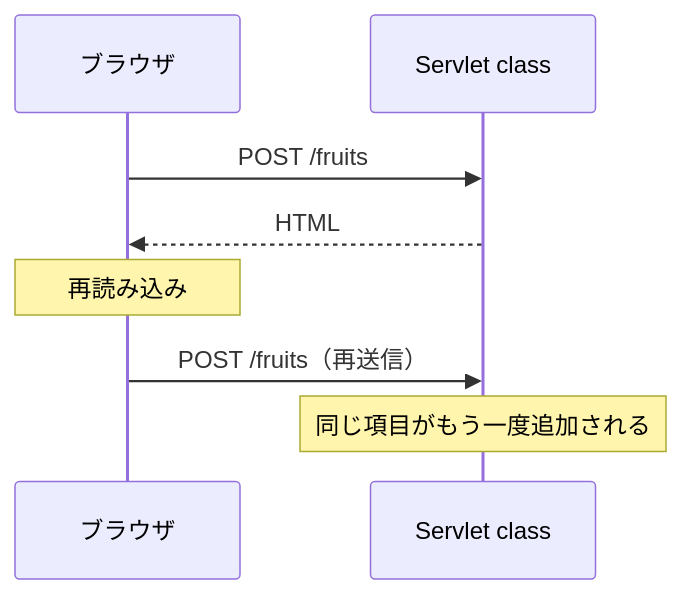
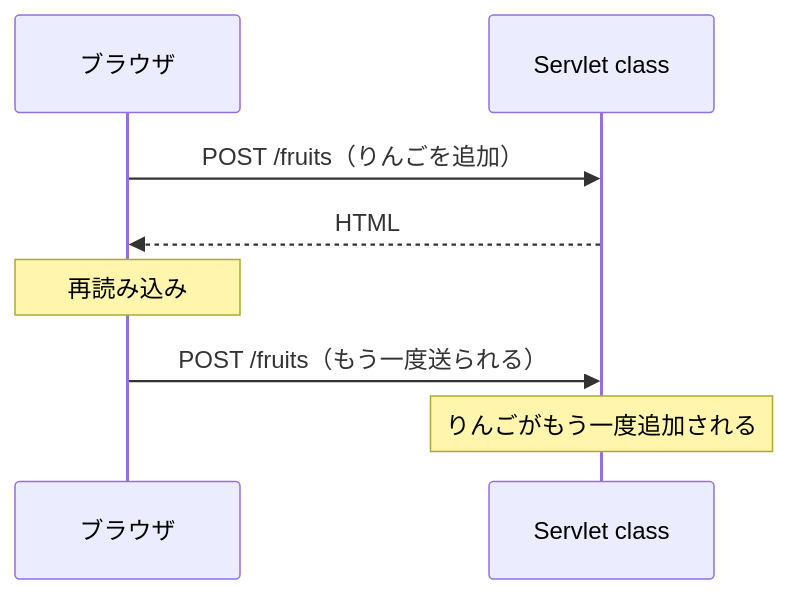
The first of 2 diagrams in servlet/06-input-and-redirect/03-prg-pattern.md (Appricot144/teaching-material), drawn with Mermaid before and after one commit. The commit also changed other lines of this file and 2 other files, not shown here.

````diff
--- a/servlet/06-input-and-redirect/03-prg-pattern.md
+++ b/servlet/06-input-and-redirect/03-prg-pattern.md
@@ -11,10 +13,10 @@
 ```mermaid
 sequenceDiagram
     participant B as ブラウザ
     participant S as Servlet class
-    B->>S: POST /fruits
+    B->>S: POST /fruits（りんごを追加）
     S-->>B: HTML
     Note over B: 再読み込み
-    B->>S: POST /fruits（再送信）
-    Note over S: 同じ項目がもう一度追加される
+    B->>S: POST /fruits（もう一度送られる）
+    Note over S: りんごがもう一度追加される
 ```
````
